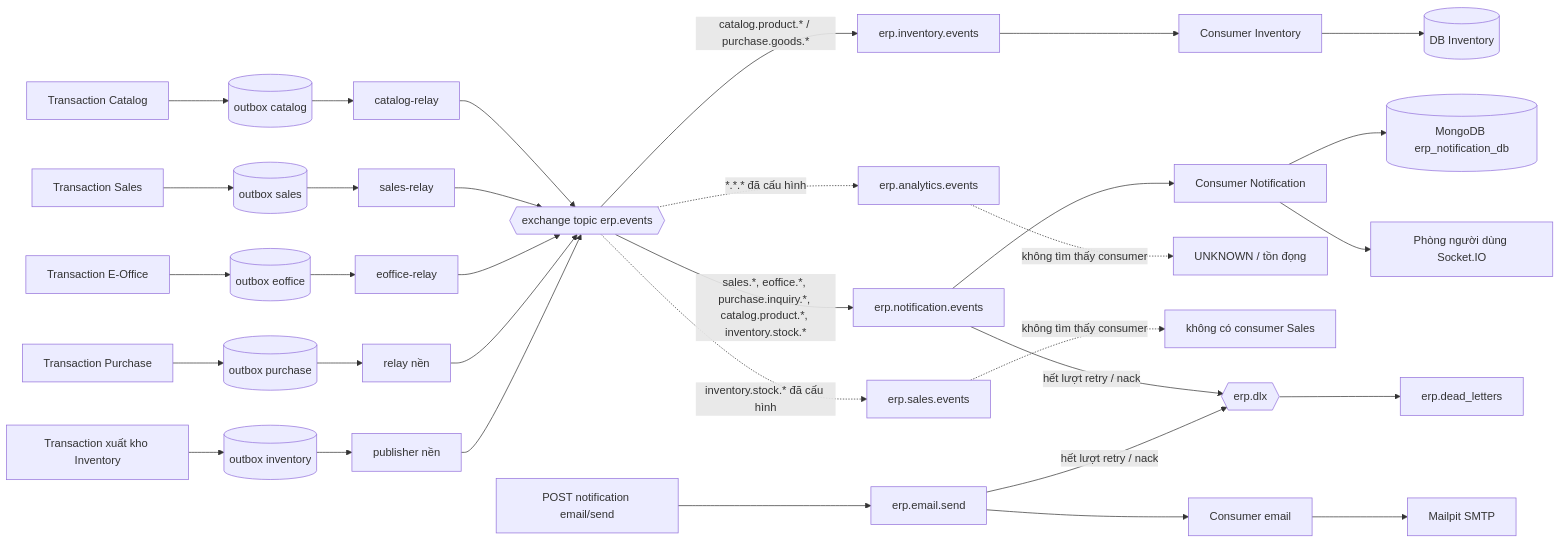
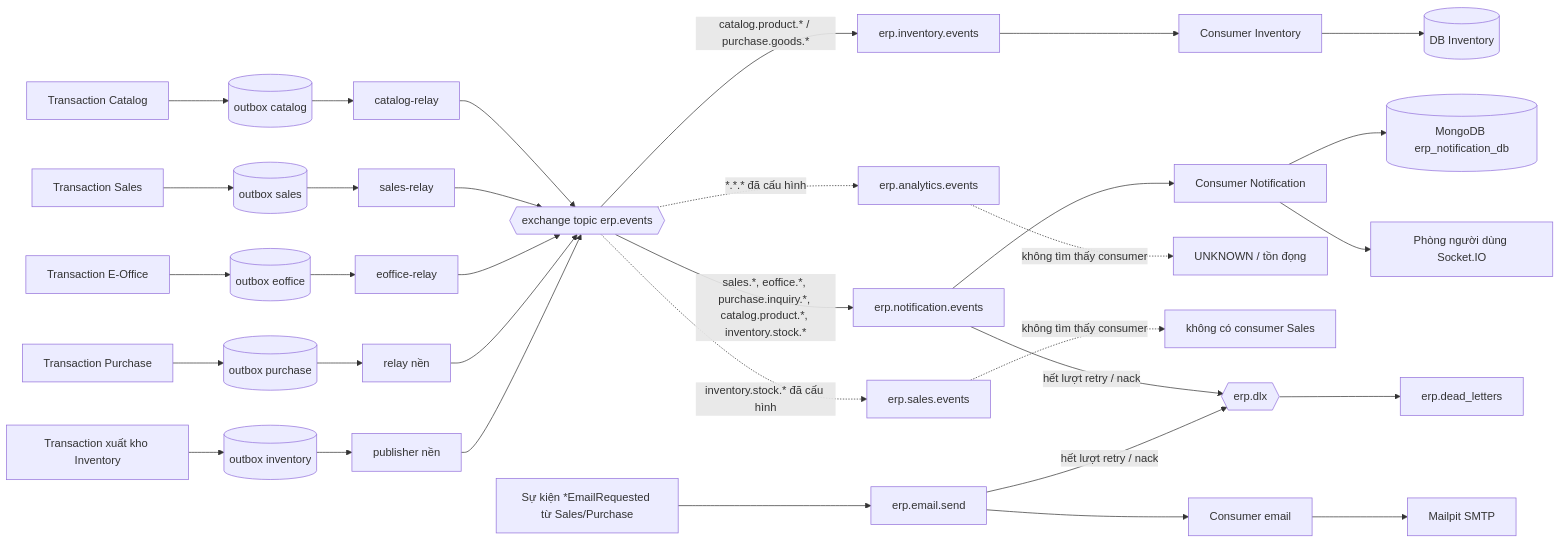
Before and after one commit to ttung205/smart-erp: the third of 3 diagrams in docs/knowledge/technical/kien-truc-tong-quan.md, drawn with Mermaid. The commit also changed other lines of this file and 94 other files, not shown here.

````diff
--- a/docs/knowledge/technical/kien-truc-tong-quan.md
+++ b/docs/knowledge/technical/kien-truc-tong-quan.md
@@ -214,30 +214,30 @@
 ```mermaid
 flowchart LR
     CAT[Transaction Catalog] --> CO[(outbox catalog)] --> CR[catalog-relay]
     SAL[Transaction Sales] --> SO[(outbox sales)] --> SR[sales-relay]
     EO[Transaction E-Office] --> EOO[(outbox eoffice)] --> ER[eoffice-relay]
     PUR[Transaction Purchase] --> PO[(outbox purchase)] --> PR[relay nền]
     INV[Transaction xuất kho Inventory] --> IO[(outbox inventory)] --> IP[publisher nền]
 
     CR & SR & ER & PR & IP --> EX{{exchange topic erp.events}}
 
     EX -->|catalog.product.* / purchase.goods.*| IQ[erp.inventory.events]
     IQ --> IC[Consumer Inventory]
     IC --> IDB[(DB Inventory)]
 
     EX -->|sales.*, eoffice.*, purchase.inquiry.*, catalog.product.*, inventory.stock.*| NQ[erp.notification.events]
     NQ --> NC[Consumer Notification]
     NC --> NDB[(MongoDB erp_notification_db)]
     NC --> SIO[Phòng người dùng Socket.IO]
 
     EX -.->|*.*.* đã cấu hình| AQ[erp.analytics.events]
     AQ -.->|không tìm thấy consumer| UNKNOWN[UNKNOWN / tồn đọng]
 
     EX -.->|inventory.stock.* đã cấu hình| SQ[erp.sales.events]
     SQ -.->|không tìm thấy consumer| UNUSED[không có consumer Sales]
 
-    NAPI[POST notification email/send] --> EQ[erp.email.send]
+    NAPI[Sự kiện *EmailRequested từ Sales/Purchase] --> EQ[erp.email.send]
     EQ --> EC[Consumer email] --> SMTP[Mailpit SMTP]
 
     NQ & EQ -->|hết lượt retry / nack| DLX{{erp.dlx}} --> DLQ[erp.dead_letters]
 ```
````
